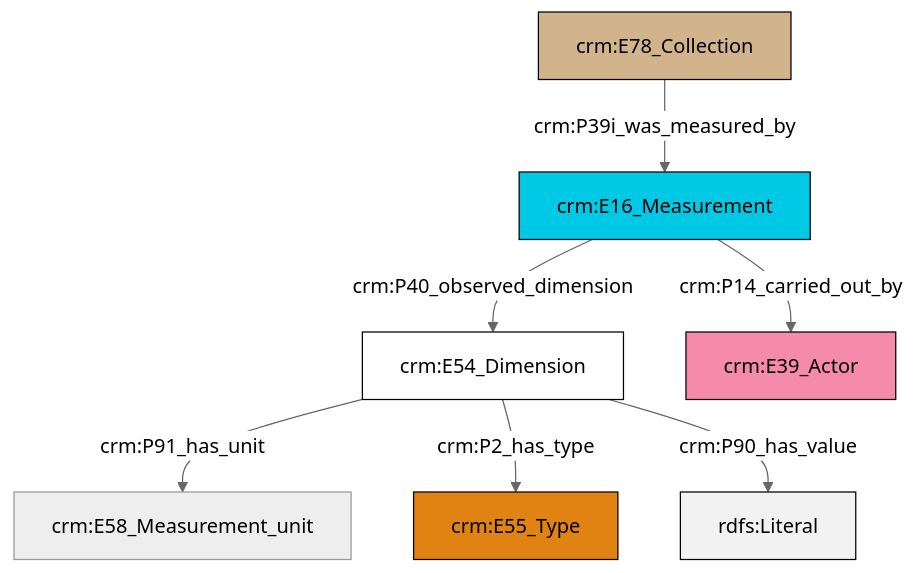
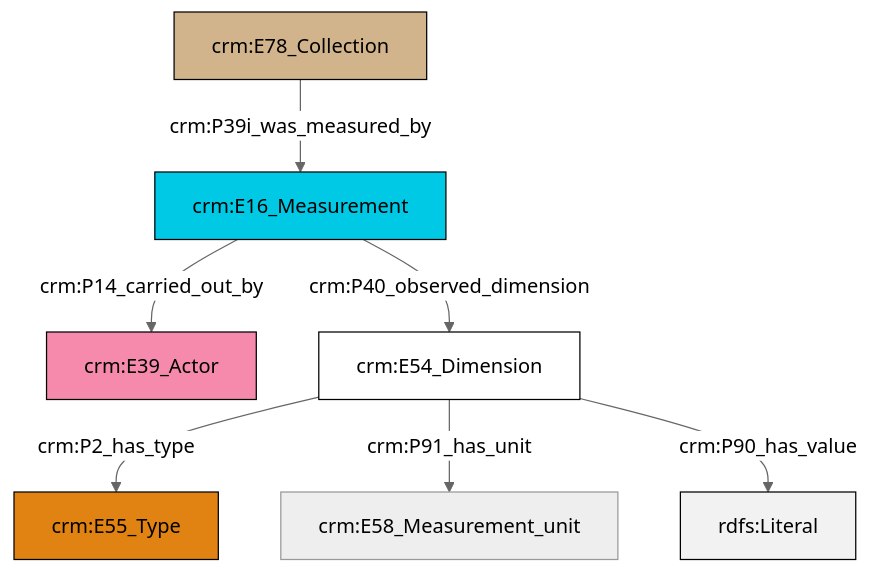
One commit to swiss-art-research-net/docs.swissartresearch changed the diagram in et/archivalCSV/ttl/mmd/archival_substance.ttl.mmd. Above: the diagram before and after it, drawn with Mermaid (neutral theme). The commit also changed 170 other files, not shown here.

```diff
--- a/et/archivalCSV/ttl/mmd/archival_substance.ttl.mmd
+++ b/et/archivalCSV/ttl/mmd/archival_substance.ttl.mmd
@@ -1,21 +1,21 @@
 graph TD
 classDef Literal fill:#f2f2f2,stroke:#000000;
 classDef CRM_Entity fill:#FFFFFF,stroke:#000000;
 classDef Temporal_Entity fill:#00C9E6, stroke:#000000;
 classDef Type fill:#E18312, stroke:#000000;
 classDef Time-Span fill:#2C9C91, stroke:#000000;
 classDef Appellation fill:#FFEB7F, stroke:#000000;
 classDef Place fill:#008836, stroke:#000000;
 classDef Persistent_Item fill:#B266B2, stroke:#000000;
 classDef Conceptual_Object fill:#FFD700, stroke:#000000;
 classDef Physical_Thing fill:#D2B48C, stroke:#000000;
 classDef Actor fill:#f58aad, stroke:#000000;
 classDef PC_Classes fill:#4ce600, stroke:#000000;
 classDef Multi fill:#cccccc,stroke:#000000;
 
-2["crm:E54_Dimension"]:::CRM_Entity -->|crm:P91_has_unit| 3["crm:E58_Measurement_unit"]:::Default
-2["crm:E54_Dimension"]:::CRM_Entity -->|crm:P2_has_type| 0["crm:E55_Type"]:::Type
-5["crm:E16_Measurement"]:::Temporal_Entity -->|crm:P40_observed_dimension| 2["crm:E54_Dimension"]:::CRM_Entity
-2["crm:E54_Dimension"]:::CRM_Entity -->|crm:P90_has_value| 6[rdfs:Literal]:::Literal
-9["crm:E78_Collection"]:::Physical_Thing -->|crm:P39i_was_measured_by| 5["crm:E16_Measurement"]:::Temporal_Entity
-5["crm:E16_Measurement"]:::Temporal_Entity -->|crm:P14_carried_out_by| 7["crm:E39_Actor"]:::Actor
+0["crm:E16_Measurement"]:::Temporal_Entity -->|crm:P14_carried_out_by| 1["crm:E39_Actor"]:::Actor
+7["crm:E54_Dimension"]:::CRM_Entity -->|crm:P2_has_type| 5["crm:E55_Type"]:::Type
+7["crm:E54_Dimension"]:::CRM_Entity -->|crm:P91_has_unit| 8["crm:E58_Measurement_unit"]:::Default
+0["crm:E16_Measurement"]:::Temporal_Entity -->|crm:P40_observed_dimension| 7["crm:E54_Dimension"]:::CRM_Entity
+3["crm:E78_Collection"]:::Physical_Thing -->|crm:P39i_was_measured_by| 0["crm:E16_Measurement"]:::Temporal_Entity
+7["crm:E54_Dimension"]:::CRM_Entity -->|crm:P90_has_value| 11[rdfs:Literal]:::Literal
```
